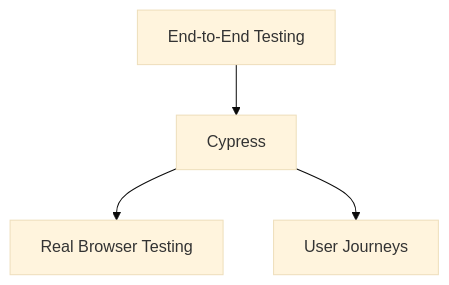
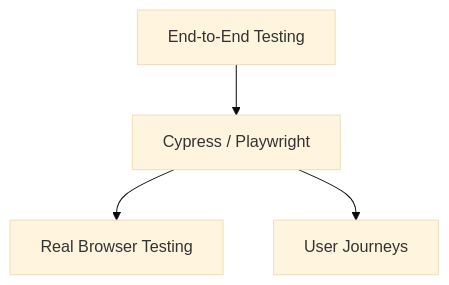
Before and after one commit to moonbuild/docusphere: the third of 3 diagrams in docs/frontend/index.md, drawn with Mermaid (base theme). The commit also changed other lines of this file and 6 other files, not shown here.

````diff
--- a/docs/frontend/index.md
+++ b/docs/frontend/index.md
@@ -181,6 +180,6 @@
   ```mermaid
   graph TD;
-    A[End-to-End Testing] --> B[Cypress];
+    A[End-to-End Testing] --> B[Cypress / Playwright];
     B --> C[Real Browser Testing];
     B --> D[User Journeys];
   ```
````
